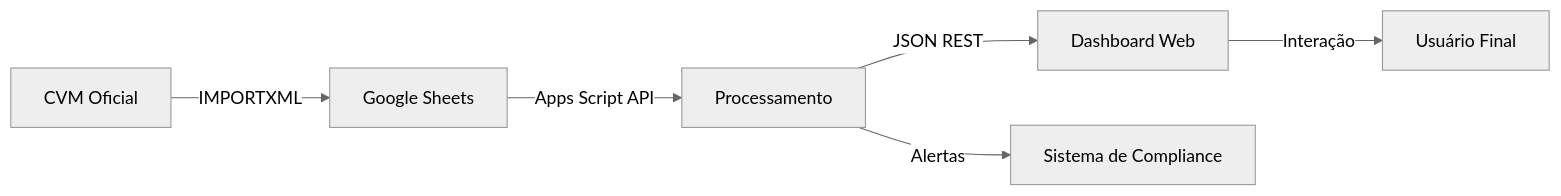
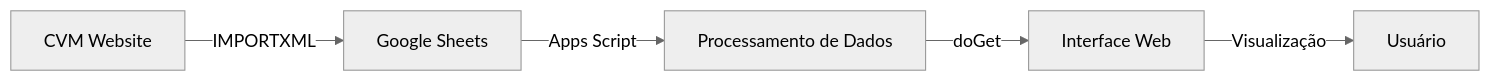
One commit to SergioPauloA/Banestes_Gerenciador_CVM changed the diagram in README.md. Above: the diagram before and after it, drawn with Mermaid (neutral theme). The commit also changed other lines of this file, not shown here.

````diff
--- a/README.md
+++ b/README.md
@@ -123,8 +94,7 @@
 ```mermaid
 graph LR
-    A[CVM Oficial] -->|IMPORTXML| B[Google Sheets]
-    B -->|Apps Script API| C[Processamento]
-    C -->|JSON REST| D[Dashboard Web]
-    D -->|Interação| E[Usuário Final]
-    C -->|Alertas| F[Sistema de Compliance]
+    A[CVM Website] -->|IMPORTXML| B[Google Sheets]
+    B -->|Apps Script| C[Processamento de Dados]
+    C -->|doGet| D[Interface Web]
+    D -->|Visualização| E[Usuário]
 ```
````
